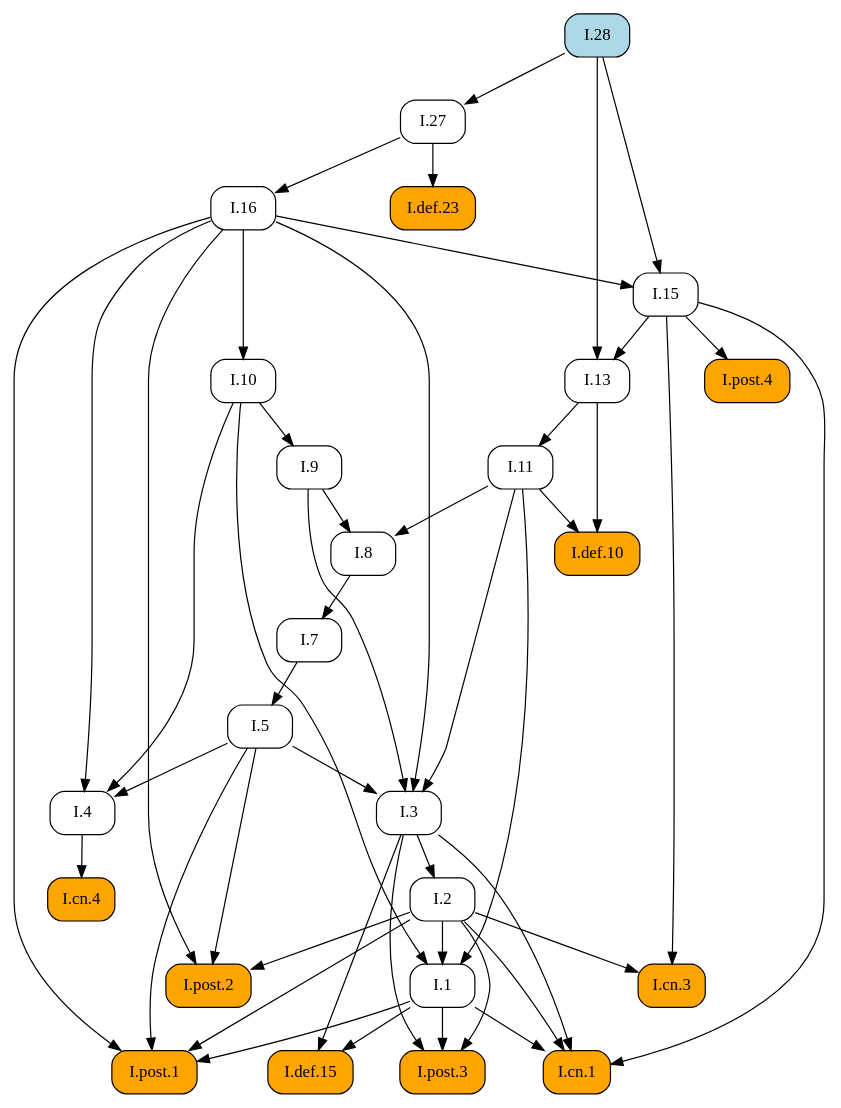
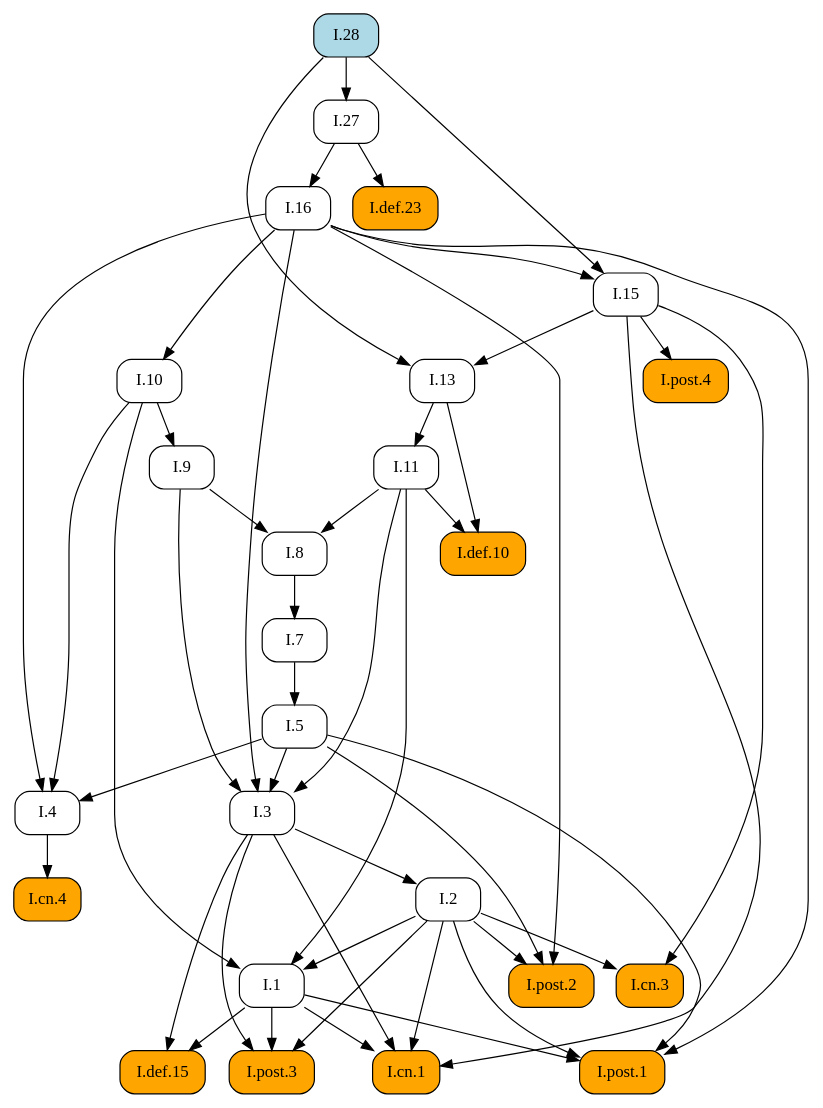
One commit to geometor/elements changed the diagram in docsrc/elements2/I/28/index.rst. Above: the diagram before and after it, drawn with Graphviz. The commit also changed other lines of this file and 409 other files, not shown here.

First line of the commit message:
feat: Add image cropping and graphic extraction script

```diff
--- a/docsrc/elements2/I/28/index.rst
+++ b/docsrc/elements2/I/28/index.rst
@@ -42,78 +42,78 @@
 .. graphviz::
 
    digraph {
      rankdir="TB";
      node [shape=box, style=rounded];
+     "I.def.15" [style="rounded,filled", fillcolor=orange, URL="/elements2/I/def.15/", target="_top"];
+     "I.def.10" [style="rounded,filled", fillcolor=orange, URL="/elements2/I/def.10/", target="_top"];
+     "I.11" [URL="/elements2/I/11/", target="_top"];
+     "I.def.23" [style="rounded,filled", fillcolor=orange, URL="/elements2/I/def.23/", target="_top"];
      "I.8" [URL="/elements2/I/8/", target="_top"];
+     "I.15" [URL="/elements2/I/15/", target="_top"];
+     "I.5" [URL="/elements2/I/5/", target="_top"];
+     "I.3" [URL="/elements2/I/3/", target="_top"];
+     "I.10" [URL="/elements2/I/10/", target="_top"];
      "I.cn.3" [style="rounded,filled", fillcolor=orange, URL="/elements2/I/cn.3/", target="_top"];
+     "I.cn.1" [style="rounded,filled", fillcolor=orange, URL="/elements2/I/cn.1/", target="_top"];
+     "I.13" [URL="/elements2/I/13/", target="_top"];
+     "I.post.3" [style="rounded,filled", fillcolor=orange, URL="/elements2/I/post.3/", target="_top"];
+     "I.4" [URL="/elements2/I/4/", target="_top"];
+     "I.7" [URL="/elements2/I/7/", target="_top"];
+     "I.28" [style="rounded,filled", fillcolor=lightblue, URL="/elements2/I/28/", target="_top"];
+     "I.9" [URL="/elements2/I/9/", target="_top"];
+     "I.16" [URL="/elements2/I/16/", target="_top"];
+     "I.post.1" [style="rounded,filled", fillcolor=orange, URL="/elements2/I/post.1/", target="_top"];
+     "I.2" [URL="/elements2/I/2/", target="_top"];
+     "I.27" [URL="/elements2/I/27/", target="_top"];
      "I.1" [URL="/elements2/I/1/", target="_top"];
+     "I.post.4" [style="rounded,filled", fillcolor=orange, URL="/elements2/I/post.4/", target="_top"];
      "I.cn.4" [style="rounded,filled", fillcolor=orange, URL="/elements2/I/cn.4/", target="_top"];
-     "I.7" [URL="/elements2/I/7/", target="_top"];
-     "I.post.1" [style="rounded,filled", fillcolor=orange, URL="/elements2/I/post.1/", target="_top"];
-     "I.9" [URL="/elements2/I/9/", target="_top"];
-     "I.5" [URL="/elements2/I/5/", target="_top"];
-     "I.cn.1" [style="rounded,filled", fillcolor=orange, URL="/elements2/I/cn.1/", target="_top"];
-     "I.16" [URL="/elements2/I/16/", target="_top"];
-     "I.def.10" [style="rounded,filled", fillcolor=orange, URL="/elements2/I/def.10/", target="_top"];
-     "I.post.4" [style="rounded,filled", fillcolor=orange, URL="/elements2/I/post.4/", target="_top"];
-     "I.13" [URL="/elements2/I/13/", target="_top"];
-     "I.2" [URL="/elements2/I/2/", target="_top"];
-     "I.28" [style="rounded,filled", fillcolor=lightblue, URL="/elements2/I/28/", target="_top"];
-     "I.27" [URL="/elements2/I/27/", target="_top"];
-     "I.def.15" [style="rounded,filled", fillcolor=orange, URL="/elements2/I/def.15/", target="_top"];
-     "I.4" [URL="/elements2/I/4/", target="_top"];
-     "I.11" [URL="/elements2/I/11/", target="_top"];
-     "I.10" [URL="/elements2/I/10/", target="_top"];
-     "I.15" [URL="/elements2/I/15/", target="_top"];
-     "I.3" [URL="/elements2/I/3/", target="_top"];
-     "I.def.23" [style="rounded,filled", fillcolor=orange, URL="/elements2/I/def.23/", target="_top"];
      "I.post.2" [style="rounded,filled", fillcolor=orange, URL="/elements2/I/post.2/", target="_top"];
-     "I.post.3" [style="rounded,filled", fillcolor=orange, URL="/elements2/I/post.3/", target="_top"];
+     "I.1" -> "I.def.15";
+     "I.3" -> "I.def.15";
+     "I.11" -> "I.def.10";
+     "I.13" -> "I.def.10";
+     "I.13" -> "I.11";
+     "I.27" -> "I.def.23";
      "I.9" -> "I.8";
      "I.11" -> "I.8";
+     "I.16" -> "I.15";
+     "I.28" -> "I.15";
+     "I.7" -> "I.5";
+     "I.5" -> "I.3";
+     "I.9" -> "I.3";
+     "I.11" -> "I.3";
+     "I.16" -> "I.3";
+     "I.16" -> "I.10";
      "I.2" -> "I.cn.3";
      "I.15" -> "I.cn.3";
-     "I.2" -> "I.1";
-     "I.10" -> "I.1";
-     "I.11" -> "I.1";
-     "I.4" -> "I.cn.4";
+     "I.1" -> "I.cn.1";
+     "I.2" -> "I.cn.1";
+     "I.3" -> "I.cn.1";
+     "I.15" -> "I.cn.1";
+     "I.15" -> "I.13";
+     "I.28" -> "I.13";
+     "I.1" -> "I.post.3";
+     "I.2" -> "I.post.3";
+     "I.3" -> "I.post.3";
+     "I.5" -> "I.4";
+     "I.10" -> "I.4";
+     "I.16" -> "I.4";
      "I.8" -> "I.7";
+     "I.10" -> "I.9";
+     "I.27" -> "I.16";
      "I.1" -> "I.post.1";
      "I.2" -> "I.post.1";
      "I.5" -> "I.post.1";
      "I.16" -> "I.post.1";
-     "I.10" -> "I.9";
-     "I.7" -> "I.5";
-     "I.1" -> "I.cn.1";
-     "I.2" -> "I.cn.1";
-     "I.3" -> "I.cn.1";
-     "I.15" -> "I.cn.1";
-     "I.27" -> "I.16";
-     "I.11" -> "I.def.10";
-     "I.13" -> "I.def.10";
-     "I.15" -> "I.post.4";
-     "I.15" -> "I.13";
-     "I.28" -> "I.13";
      "I.3" -> "I.2";
      "I.28" -> "I.27";
-     "I.1" -> "I.def.15";
-     "I.3" -> "I.def.15";
-     "I.5" -> "I.4";
-     "I.10" -> "I.4";
-     "I.16" -> "I.4";
-     "I.13" -> "I.11";
-     "I.16" -> "I.10";
-     "I.16" -> "I.15";
-     "I.28" -> "I.15";
-     "I.5" -> "I.3";
-     "I.9" -> "I.3";
-     "I.11" -> "I.3";
-     "I.16" -> "I.3";
-     "I.27" -> "I.def.23";
+     "I.2" -> "I.1";
+     "I.10" -> "I.1";
+     "I.11" -> "I.1";
+     "I.15" -> "I.post.4";
+     "I.4" -> "I.cn.4";
      "I.2" -> "I.post.2";
      "I.5" -> "I.post.2";
      "I.16" -> "I.post.2";
-     "I.1" -> "I.post.3";
-     "I.2" -> "I.post.3";
-     "I.3" -> "I.post.3";
    }
```
